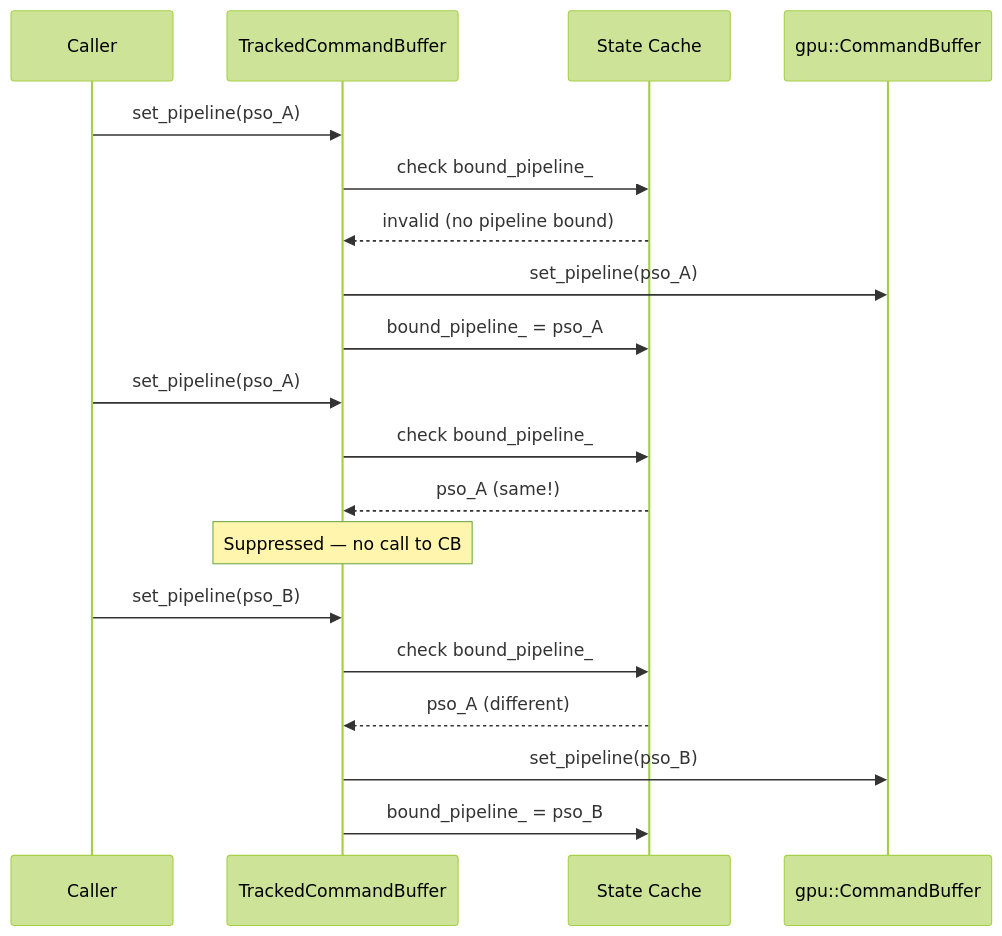
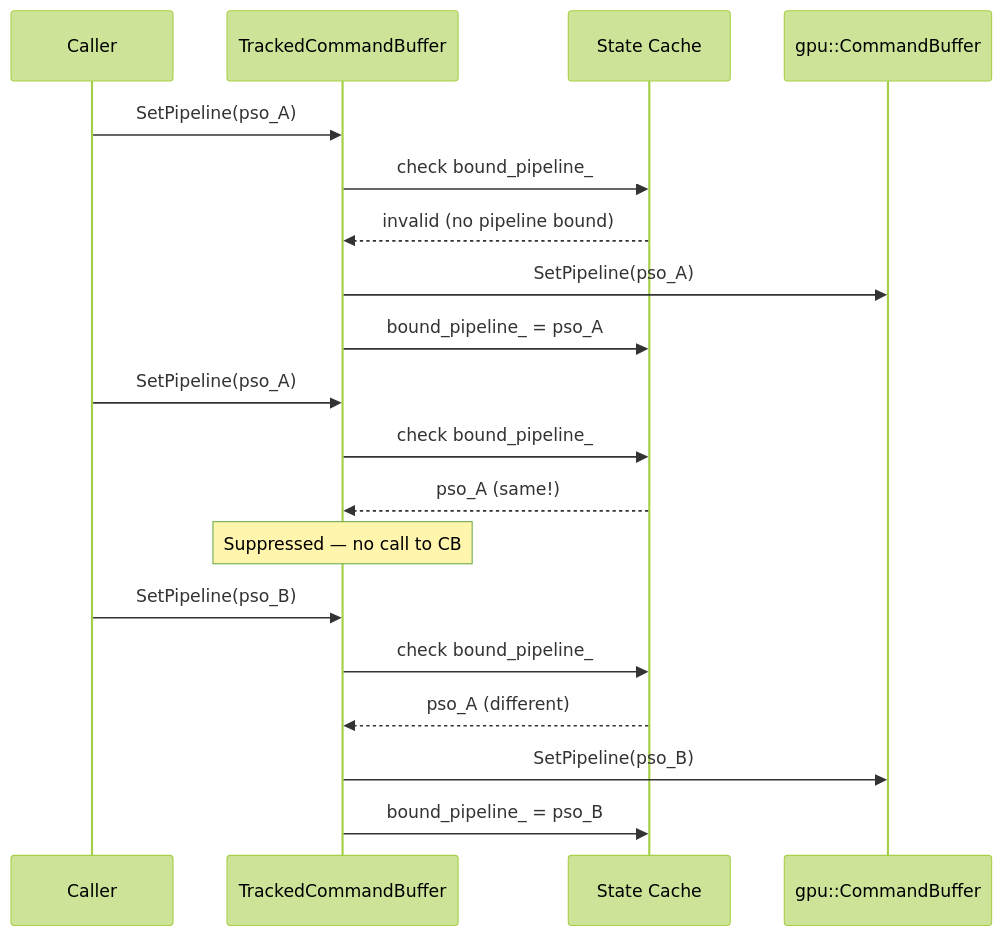
Before and after one commit to harmonius-dev/harmonius: the third of 6 diagrams in docs/design/gpu-runtime.md, drawn with Mermaid (forest theme). The commit also changed other lines of this file and 67 other files, not shown here.

````diff
--- a/docs/design/gpu-runtime.md
+++ b/docs/design/gpu-runtime.md
@@ -541,24 +536,24 @@
 ```mermaid
 sequenceDiagram
     participant Caller as Caller
     participant TCB as TrackedCommandBuffer
     participant Cache as State Cache
     participant CB as gpu::CommandBuffer
 
-    Caller->>TCB: set_pipeline(pso_A)
+    Caller->>TCB: SetPipeline(pso_A)
     TCB->>Cache: check bound_pipeline_
     Cache-->>TCB: invalid (no pipeline bound)
-    TCB->>CB: set_pipeline(pso_A)
+    TCB->>CB: SetPipeline(pso_A)
     TCB->>Cache: bound_pipeline_ = pso_A
 
-    Caller->>TCB: set_pipeline(pso_A)
+    Caller->>TCB: SetPipeline(pso_A)
     TCB->>Cache: check bound_pipeline_
     Cache-->>TCB: pso_A (same!)
     Note over TCB: Suppressed — no call to CB
 
-    Caller->>TCB: set_pipeline(pso_B)
+    Caller->>TCB: SetPipeline(pso_B)
     TCB->>Cache: check bound_pipeline_
     Cache-->>TCB: pso_A (different)
-    TCB->>CB: set_pipeline(pso_B)
+    TCB->>CB: SetPipeline(pso_B)
     TCB->>Cache: bound_pipeline_ = pso_B
 ```
````
